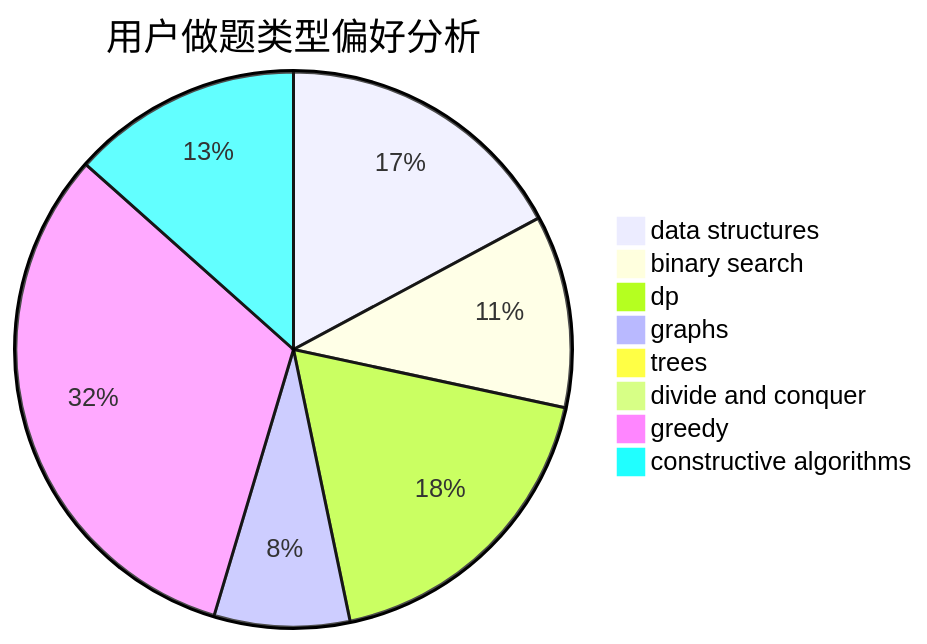
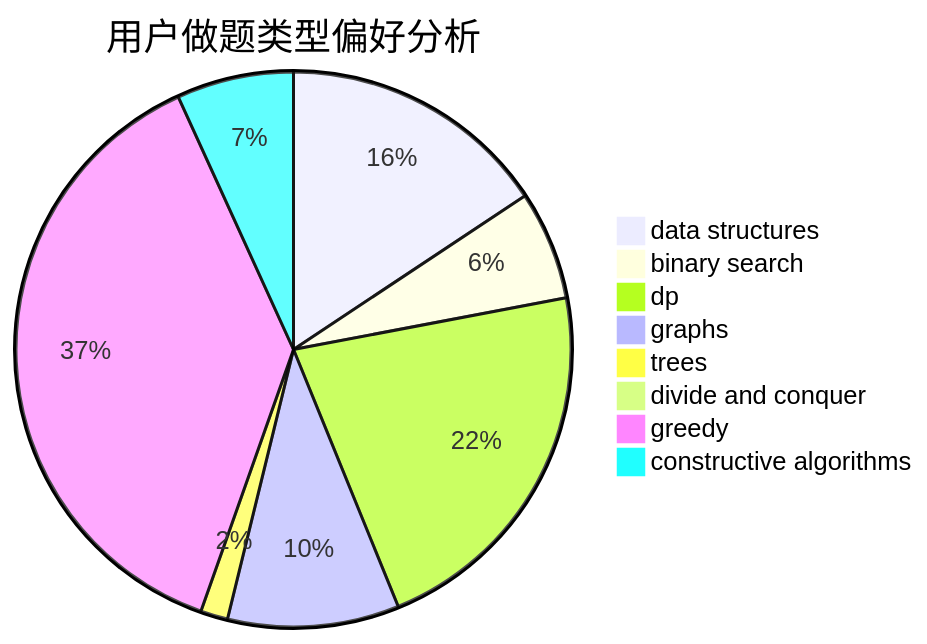
One commit to sherpahu/cfrs.github.io changed the second of 3 diagrams in docs/user/u1843.md. Above: the diagram before and after it, drawn with Mermaid. The commit also changed other lines of this file and 2770 other files, not shown here.

````diff
--- a/docs/user/u1843.md
+++ b/docs/user/u1843.md
@@ -23,11 +23,11 @@
 ```mermaid
 pie title 用户做题类型偏好分析
-    "data structures" :  357
-    "binary search" :  233
-    "dp" :  382
-    "graphs" :  164
-    "trees" :  9
-    "divide and conquer" :  3
-    "greedy" :  665
-    "constructive algorithms" :  279
+    "data structures" :  168
+    "binary search" :  68
+    "dp" :  234
+    "graphs" :  107
+    "trees" :  17
+    "divide and conquer" :  10
+    "greedy" :  405
+    "constructive algorithms" :  73
 ```
````
